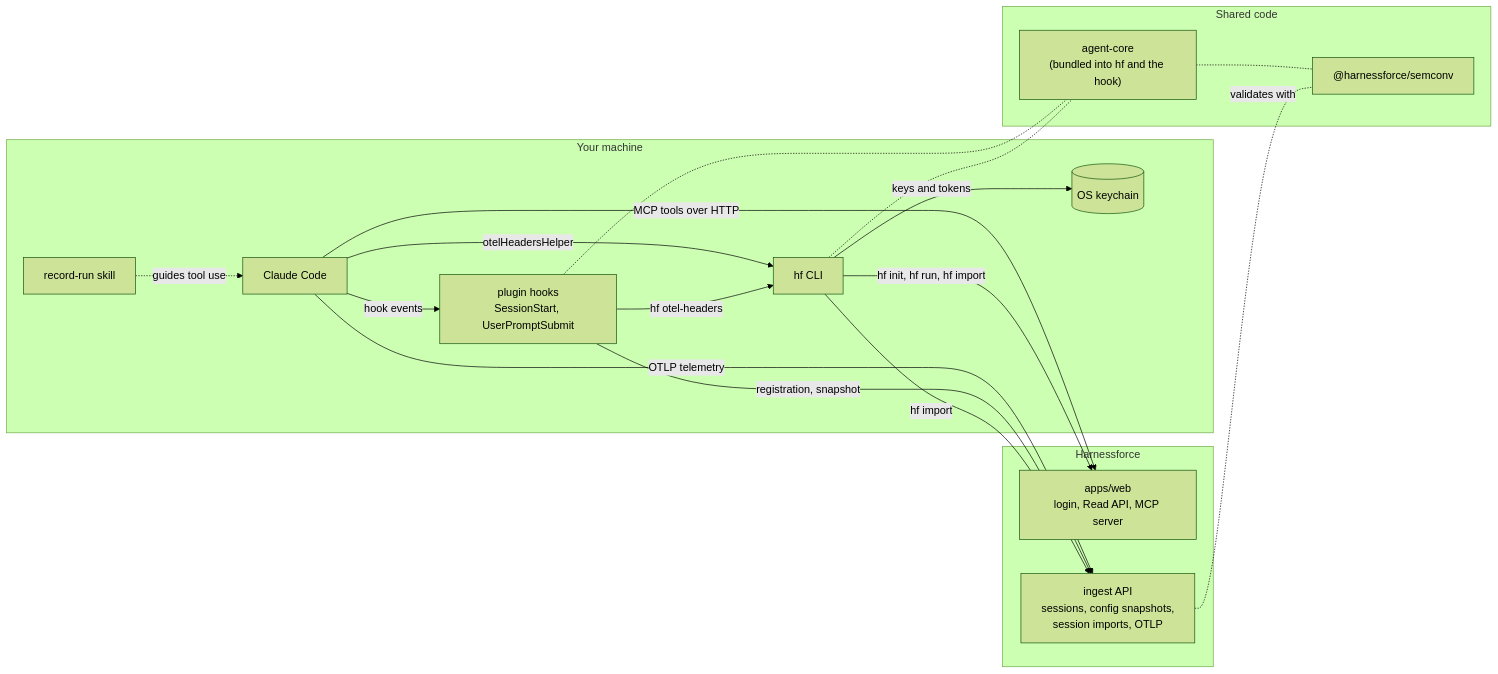
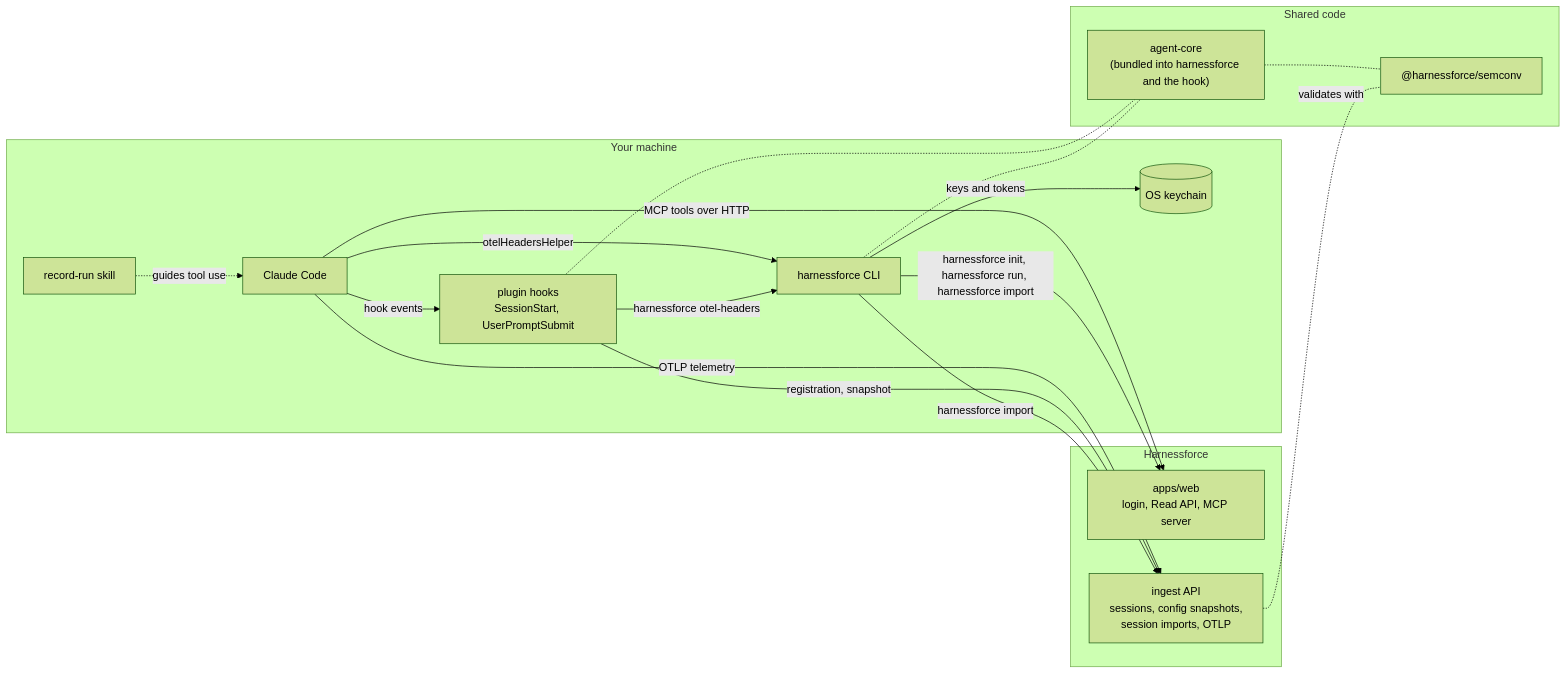
Before and after one commit to lambda-script/harnessforce-agent: the diagram in README.md, drawn with Mermaid (forest theme). The commit also changed other lines of this file and 84 other files, not shown here.

First line of the commit message:
feat(cli): rename the command to harnessforce and keep hf as a pre-publish alias

````diff
--- a/README.md
+++ b/README.md
@@ -78,33 +78,33 @@
 ```mermaid
 flowchart LR
   subgraph machine["Your machine"]
     cc["Claude Code"]
     hook["plugin hooks<br/>SessionStart, UserPromptSubmit"]
     skill["record-run skill"]
-    hf["hf CLI"]
+    harnessforce["harnessforce CLI"]
     keychain[("OS keychain")]
   end
   subgraph code["Shared code"]
-    core["agent-core<br/>(bundled into hf and the hook)"]
+    core["agent-core<br/>(bundled into harnessforce and the hook)"]
     semconv["@harnessforce/semconv"]
   end
   subgraph service["Harnessforce"]
     web["apps/web<br/>login, Read API, MCP server"]
     ingest["ingest API<br/>sessions, config snapshots,<br/>session imports, OTLP"]
   end
 
   cc -- "hook events" --> hook
-  cc -- "otelHeadersHelper" --> hf
+  cc -- "otelHeadersHelper" --> harnessforce
   cc -- "OTLP telemetry" --> ingest
   cc -- "MCP tools over HTTP" --> web
   skill -. "guides tool use" .-> cc
-  hook -- "hf otel-headers" --> hf
+  hook -- "harnessforce otel-headers" --> harnessforce
   hook -- "registration, snapshot" --> ingest
-  hf -- "keys and tokens" --> keychain
-  hf -- "hf init, hf run, hf import" --> web
-  hf -- "hf import" --> ingest
+  harnessforce -- "keys and tokens" --> keychain
+  harnessforce -- "harnessforce init, harnessforce run, harnessforce import" --> web
+  harnessforce -- "harnessforce import" --> ingest
   hook -.- core
-  hf -.- core
+  harnessforce -.- core
   core -.- semconv
   ingest -.-|validates with| semconv
 ```
````
